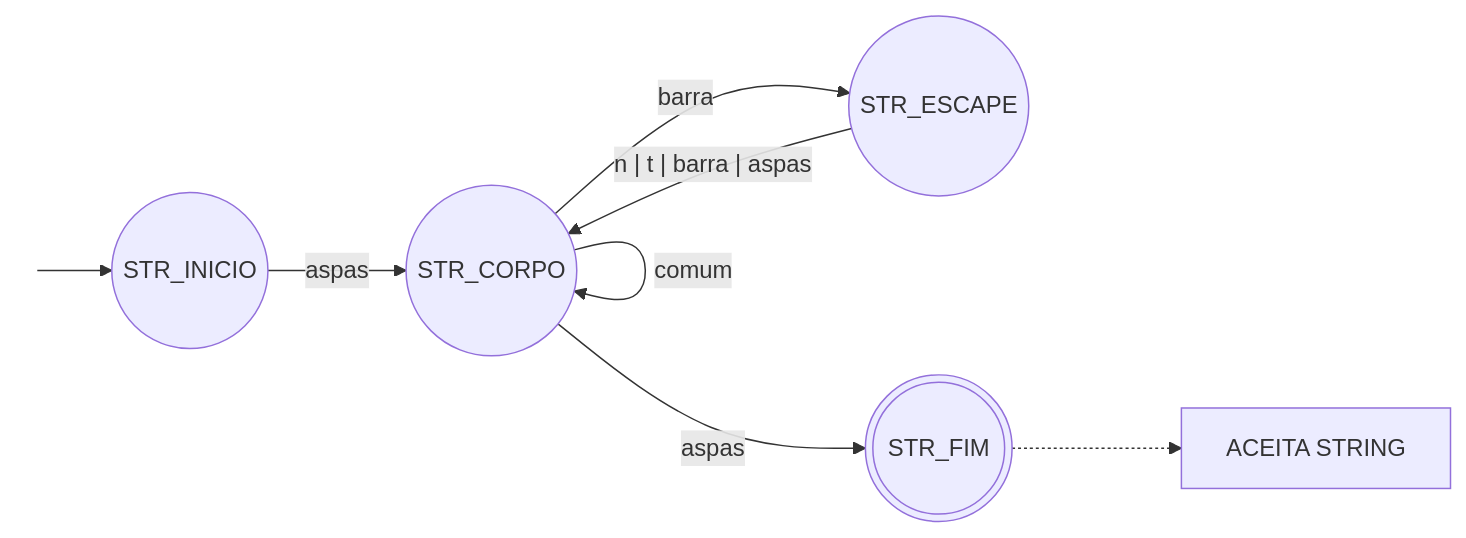
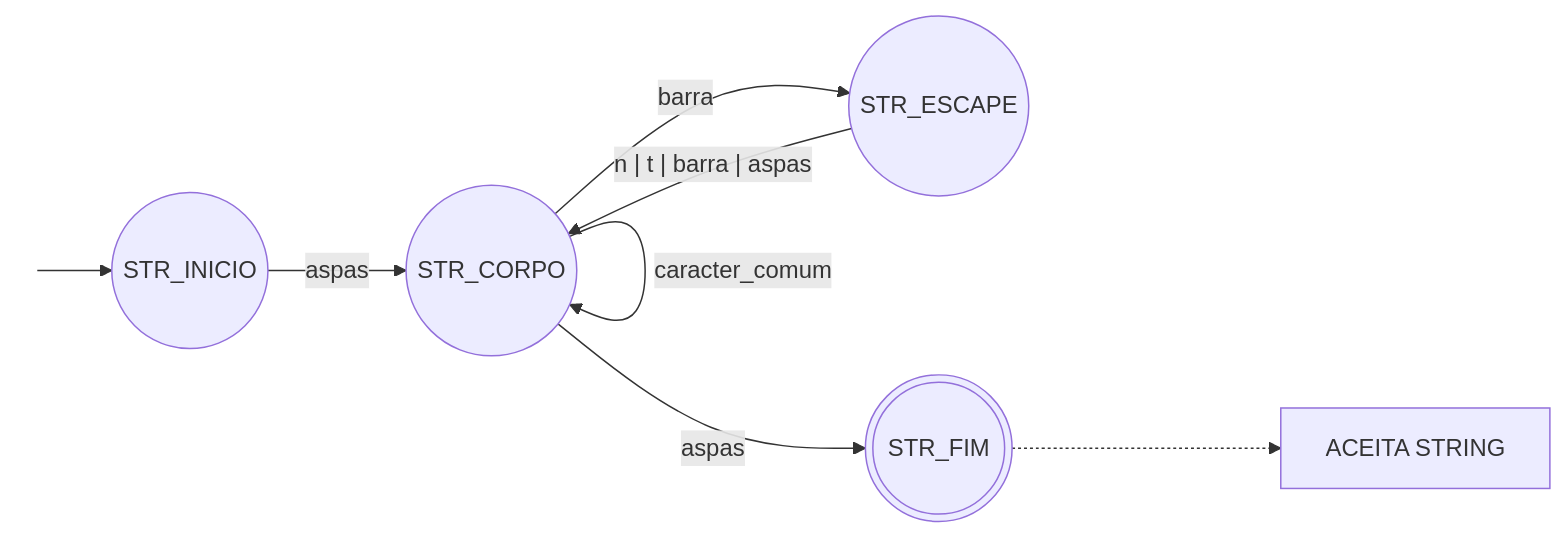
One commit to VictorBertolini/Construcao-de-Compiladores changed the second of 6 diagrams in desenhos_afd.md. Above: the diagram before and after it, drawn with Mermaid.

Commit message:
resolvendo bug com aspas duplas

````diff
--- a/desenhos_afd.md
+++ b/desenhos_afd.md
@@ -34,14 +34,14 @@
 ```mermaid
 flowchart LR
     init((" ")) --> STR_INICIO((STR_INICIO))
     STR_INICIO -- "aspas" --> STR_CORPO((STR_CORPO))
     
-    STR_CORPO -- "comum" --> STR_CORPO
+    STR_CORPO -- "caracter_comum" --> STR_CORPO
     STR_CORPO -- "barra" --> STR_ESCAPE((STR_ESCAPE))
     STR_ESCAPE -- "n | t | barra | aspas" --> STR_CORPO
     STR_CORPO -- "aspas" --> STR_FIM(((STR_FIM)))
     
     STR_FIM -.-> ACEITA["ACEITA STRING"]
     
     style init fill:none,stroke:none
 ```
````
